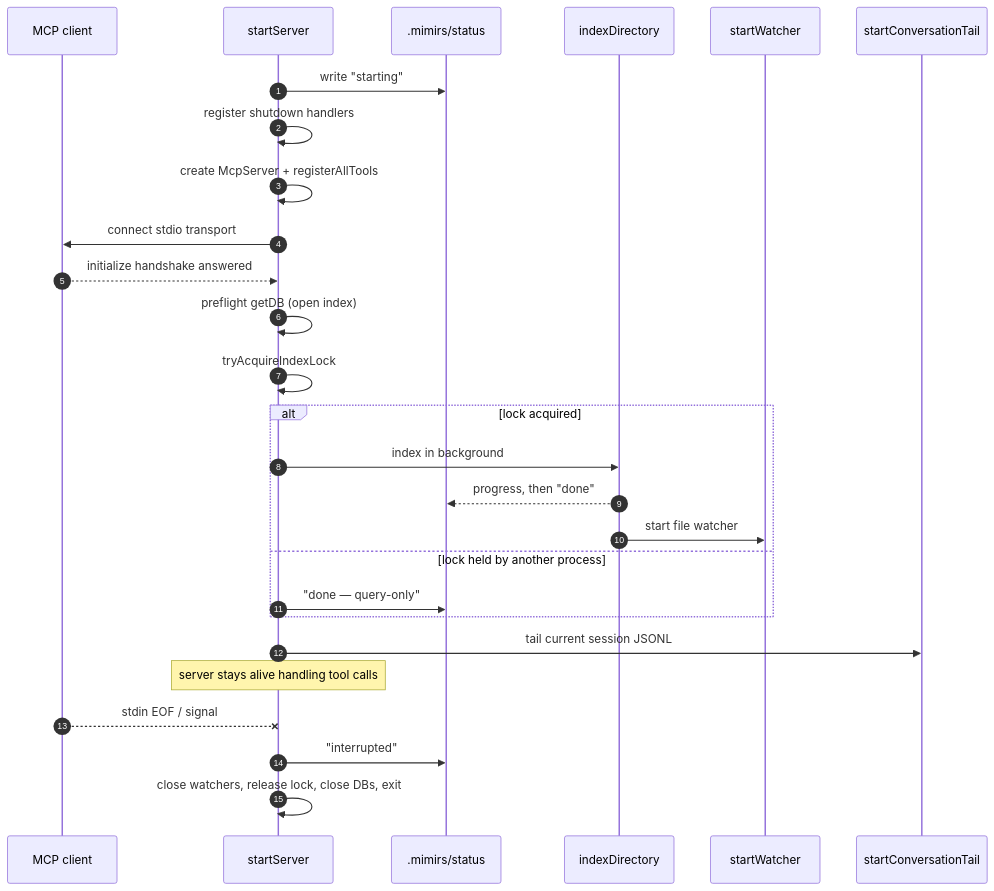
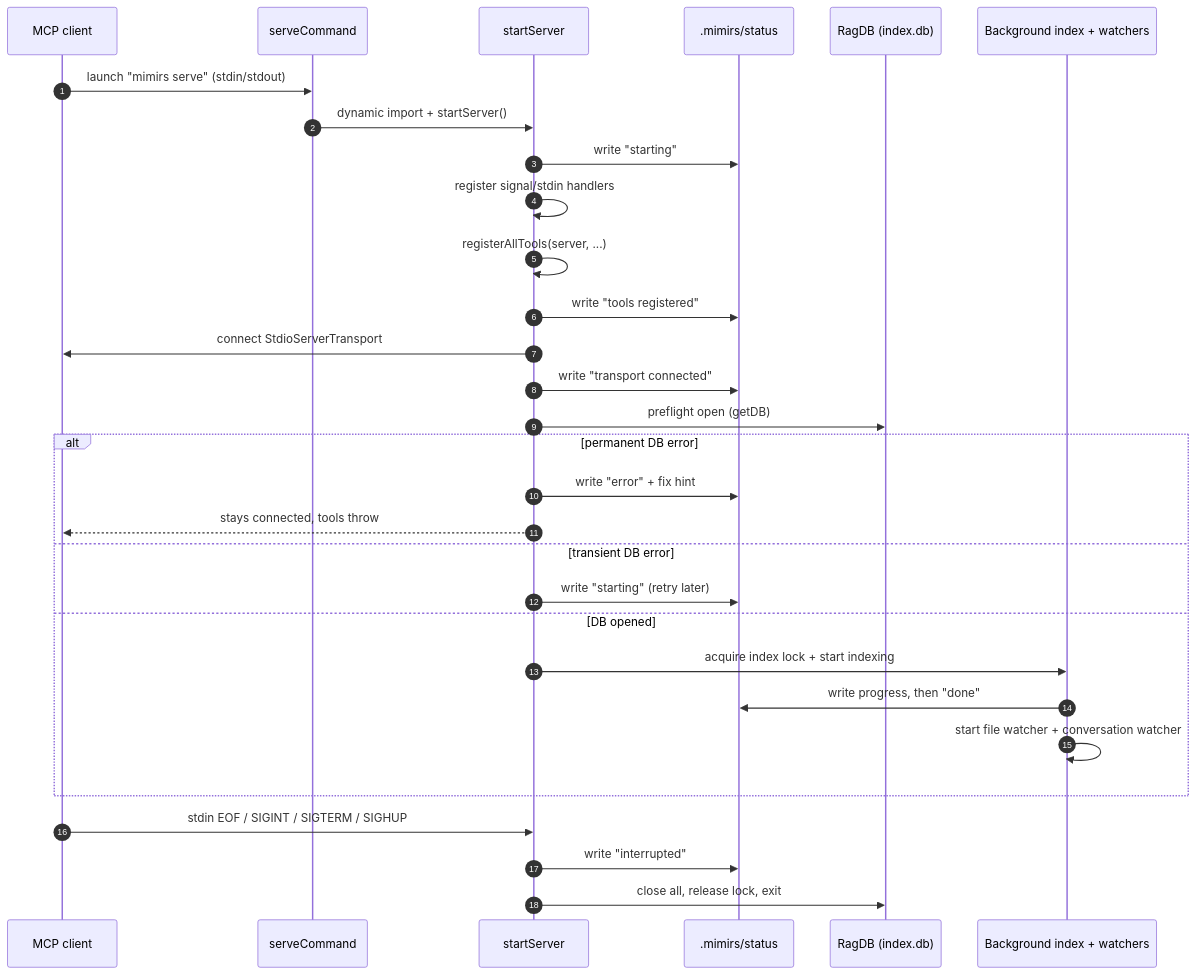
One commit to TheWinci/mimirs changed the diagram in wiki/server/start.md. Above: the diagram before and after it, drawn with Mermaid. The commit also changed other lines of this file and 51 other files, not shown here.

````diff
--- a/wiki/server/start.md
+++ b/wiki/server/start.md
@@ -11,29 +13,33 @@
 ```mermaid
 sequenceDiagram
     autonumber
     participant Client as MCP client
-    participant Srv as startServer
+    participant Serve as serveCommand
+    participant Server as startServer
     participant Status as .mimirs/status
-    participant Idx as indexDirectory
-    participant Wat as startWatcher
-    participant Conv as startConversationTail
-    Srv->>Status: write "starting"
-    Srv->>Srv: register shutdown handlers
-    Srv->>Srv: create McpServer + registerAllTools
-    Srv->>Client: connect stdio transport
-    Client-->>Srv: initialize handshake answered
-    Srv->>Srv: preflight getDB (open index)
-    Srv->>Srv: tryAcquireIndexLock
-    alt lock acquired
-        Srv->>Idx: index in background
-        Idx-->>Status: progress, then "done"
-        Idx->>Wat: start file watcher
-    else lock held by another process
-        Srv->>Status: "done — query-only"
+    participant DB as RagDB (index.db)
+    participant BG as Background index + watchers
+
+    Client->>Serve: launch "mimirs serve" (stdin/stdout)
+    Serve->>Server: dynamic import + startServer()
+    Server->>Status: write "starting"
+    Server->>Server: register signal/stdin handlers
+    Server->>Server: registerAllTools(server, ...)
+    Server->>Status: write "tools registered"
+    Server->>Client: connect StdioServerTransport
+    Server->>Status: write "transport connected"
+    Server->>DB: preflight open (getDB)
+    alt permanent DB error
+        Server->>Status: write "error" + fix hint
+        Server-->>Client: stays connected, tools throw
+    else transient DB error
+        Server->>Status: write "starting" (retry later)
+    else DB opened
+        Server->>BG: acquire index lock + start indexing
+        BG->>Status: write progress, then "done"
+        BG->>BG: start file watcher + conversation watcher
     end
-    Srv->>Conv: tail current session JSONL
-    Note over Srv: server stays alive handling tool calls
-    Client--xSrv: stdin EOF / signal
-    Srv->>Status: "interrupted"
-    Srv->>Srv: close watchers, release lock, close DBs, exit
+    Client->>Server: stdin EOF / SIGINT / SIGTERM / SIGHUP
+    Server->>Status: write "interrupted"
+    Server->>DB: close all, release lock, exit
 ```
````
